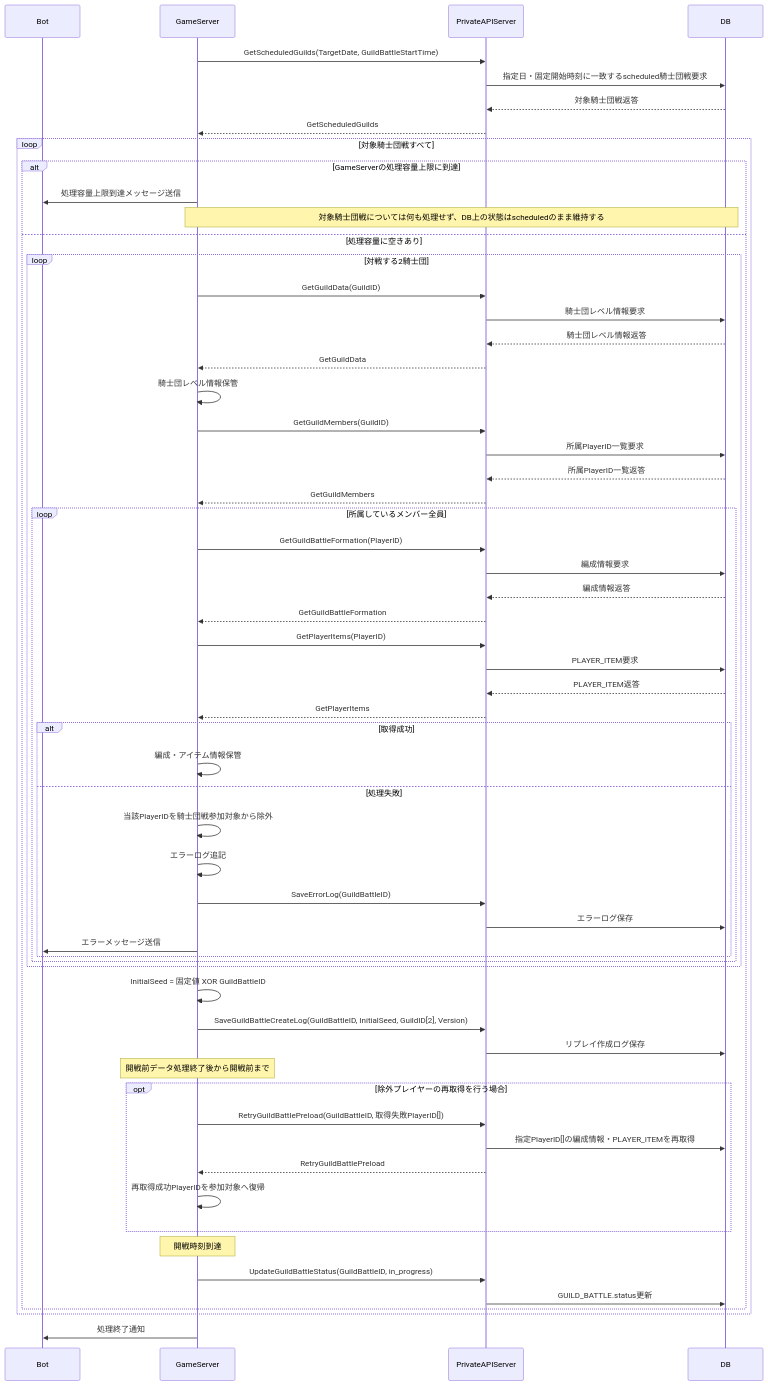
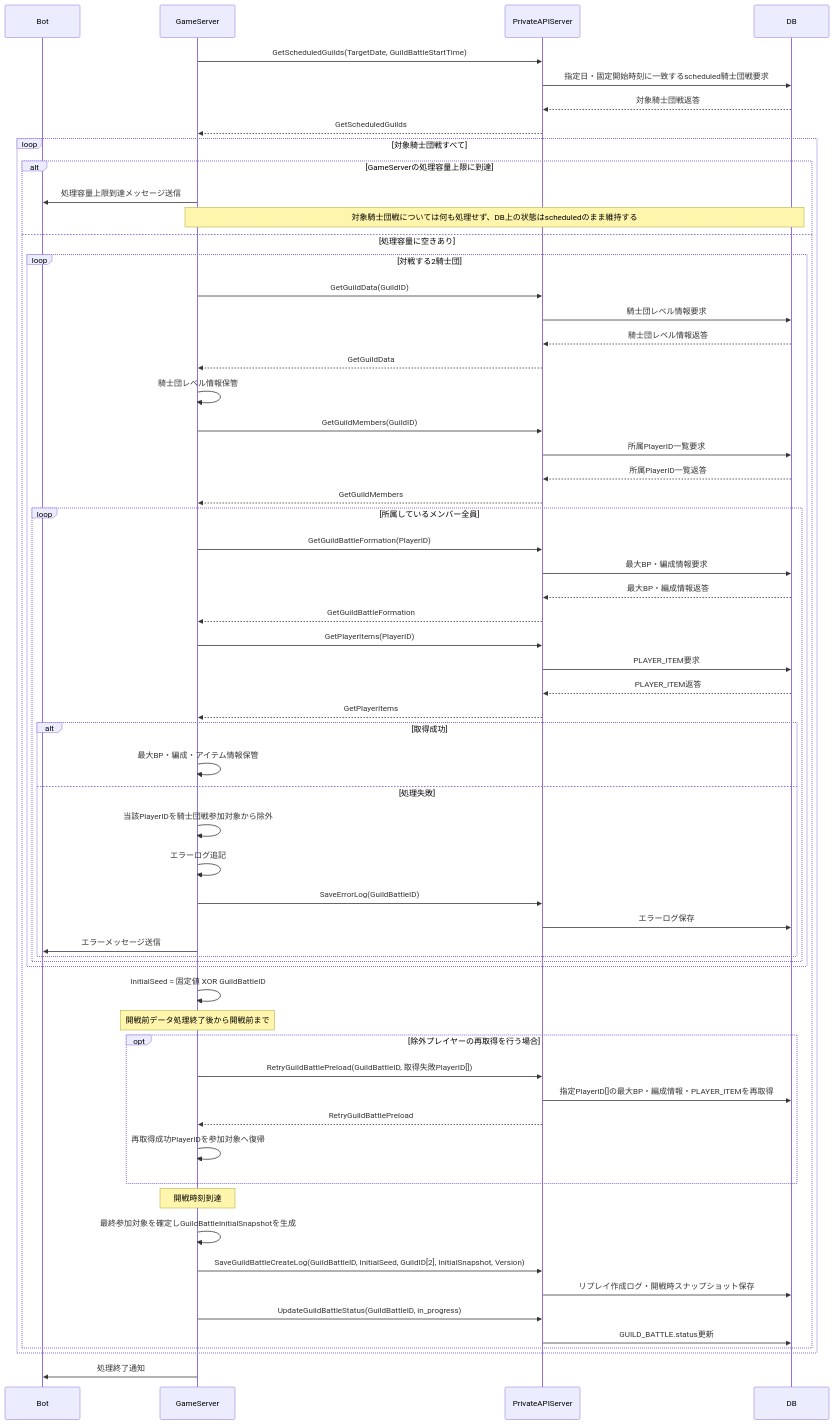
The sixth of 17 diagrams in design/guild_battle.md (ReHydrangeaOdyssey/Specifications), drawn with Mermaid before and after one commit. The commit also changed other lines of this file and 14 other files, not shown here.

````diff
--- a/design/guild_battle.md
+++ b/design/guild_battle.md
@@ -164,72 +174,73 @@
 ```mermaid
 sequenceDiagram
     participant Bot
     participant GameServer
     participant PrivateAPIServer
     participant DB
 
     GameServer->>PrivateAPIServer: GetScheduledGuilds(TargetDate, GuildBattleStartTime)
     PrivateAPIServer->>DB: 指定日・固定開始時刻に一致するscheduled騎士団戦要求
     DB-->>PrivateAPIServer: 対象騎士団戦返答
     PrivateAPIServer-->>GameServer: GetScheduledGuilds
 
     loop 対象騎士団戦すべて
         alt GameServerの処理容量上限に到達
             GameServer->>Bot: 処理容量上限到達メッセージ送信
             Note over GameServer,DB: 対象騎士団戦については何も処理せず、DB上の状態はscheduledのまま維持する
         else 処理容量に空きあり
             loop 対戦する2騎士団
                 GameServer->>PrivateAPIServer: GetGuildData(GuildID)
                 PrivateAPIServer->>DB: 騎士団レベル情報要求
                 DB-->>PrivateAPIServer: 騎士団レベル情報返答
                 PrivateAPIServer-->>GameServer: GetGuildData
                 GameServer->>GameServer: 騎士団レベル情報保管
 
                 GameServer->>PrivateAPIServer: GetGuildMembers(GuildID)
                 PrivateAPIServer->>DB: 所属PlayerID一覧要求
                 DB-->>PrivateAPIServer: 所属PlayerID一覧返答
                 PrivateAPIServer-->>GameServer: GetGuildMembers
 
                 loop 所属しているメンバー全員
                     GameServer->>PrivateAPIServer: GetGuildBattleFormation(PlayerID)
-                    PrivateAPIServer->>DB: 編成情報要求
-                    DB-->>PrivateAPIServer: 編成情報返答
+                    PrivateAPIServer->>DB: 最大BP・編成情報要求
+                    DB-->>PrivateAPIServer: 最大BP・編成情報返答
                     PrivateAPIServer-->>GameServer: GetGuildBattleFormation
 
                     GameServer->>PrivateAPIServer: GetPlayerItems(PlayerID)
                     PrivateAPIServer->>DB: PLAYER_ITEM要求
                     DB-->>PrivateAPIServer: PLAYER_ITEM返答
                     PrivateAPIServer-->>GameServer: GetPlayerItems
 
                     alt 取得成功
-                        GameServer->>GameServer: 編成・アイテム情報保管
+                        GameServer->>GameServer: 最大BP・編成・アイテム情報保管
                     else 処理失敗
                         GameServer->>GameServer: 当該PlayerIDを騎士団戦参加対象から除外
                         GameServer->>GameServer: エラーログ追記
                         GameServer->>PrivateAPIServer: SaveErrorLog(GuildBattleID)
                         PrivateAPIServer->>DB: エラーログ保存
                         GameServer->>Bot: エラーメッセージ送信
                     end
                 end
             end
 
             GameServer->>GameServer: InitialSeed = 固定値 XOR GuildBattleID
-            GameServer->>PrivateAPIServer: SaveGuildBattleCreateLog(GuildBattleID, InitialSeed, GuildID[2], Version)
-            PrivateAPIServer->>DB: リプレイ作成ログ保存
 
             Note over GameServer: 開戦前データ処理終了後から開戦前まで
             opt 除外プレイヤーの再取得を行う場合
                 GameServer->>PrivateAPIServer: RetryGuildBattlePreload(GuildBattleID, 取得失敗PlayerID[])
-                PrivateAPIServer->>DB: 指定PlayerID[]の編成情報・PLAYER_ITEMを再取得
+                PrivateAPIServer->>DB: 指定PlayerID[]の最大BP・編成情報・PLAYER_ITEMを再取得
                 PrivateAPIServer-->>GameServer: RetryGuildBattlePreload
                 GameServer->>GameServer: 再取得成功PlayerIDを参加対象へ復帰
             end
 
             Note over GameServer: 開戦時刻到達
+            GameServer->>GameServer: 最終参加対象を確定しGuildBattleInitialSnapshotを生成
+            GameServer->>PrivateAPIServer: SaveGuildBattleCreateLog(GuildBattleID, InitialSeed, GuildID[2], InitialSnapshot, Version)
+            PrivateAPIServer->>DB: リプレイ作成ログ・開戦時スナップショット保存
             GameServer->>PrivateAPIServer: UpdateGuildBattleStatus(GuildBattleID, in_progress)
             PrivateAPIServer->>DB: GUILD_BATTLE.status更新
         end
     end
 
     GameServer->>Bot: 処理終了通知
 ```
````
